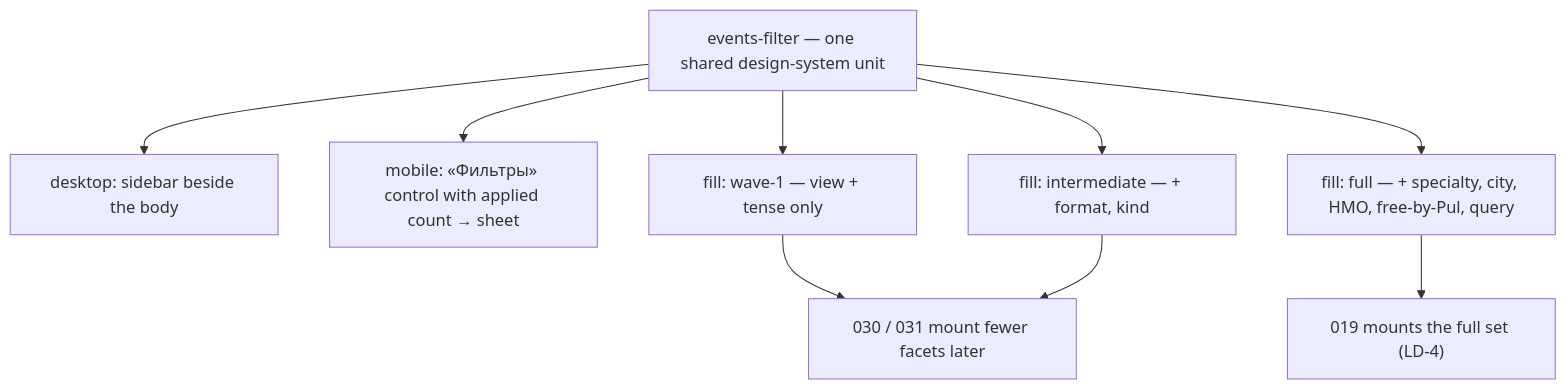
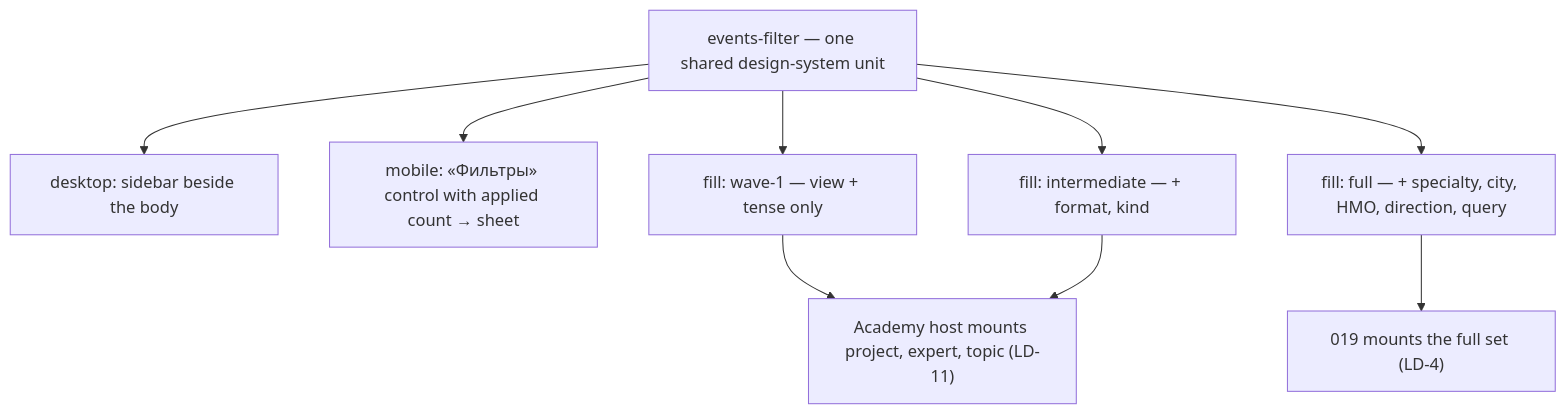
Before and after one commit to doctor-school/ds-platform: the sixth of 6 diagrams in apps/docs/content/specs/features/019-doctor-events-feed/019-design.md, drawn with Mermaid. The commit also changed other lines of this file and 16 other files, not shown here.

````diff
--- a/apps/docs/content/specs/features/019-doctor-events-feed/019-design.md
+++ b/apps/docs/content/specs/features/019-doctor-events-feed/019-design.md
@@ -151,11 +151,11 @@
 ```mermaid
 graph TD
   Unit["events-filter — one shared design-system unit"] --> Desk["desktop: sidebar beside the body"]
   Unit --> Mob["mobile: «Фильтры» control with applied count → sheet"]
   Unit --> W1["fill: wave-1 — view + tense only"]
   Unit --> Int["fill: intermediate — + format, kind"]
-  Unit --> Full["fill: full — + specialty, city, НМО, free-by-Pul, query"]
+  Unit --> Full["fill: full — + specialty, city, НМО, direction, query"]
   Full --> Grid019["019 mounts the full set (LD-4)"]
-  W1 --> Academy["030 / 031 mount fewer facets later"]
+  W1 --> Academy["Academy host mounts project, expert, topic (LD-11)"]
   Int --> Academy
 ```
````
